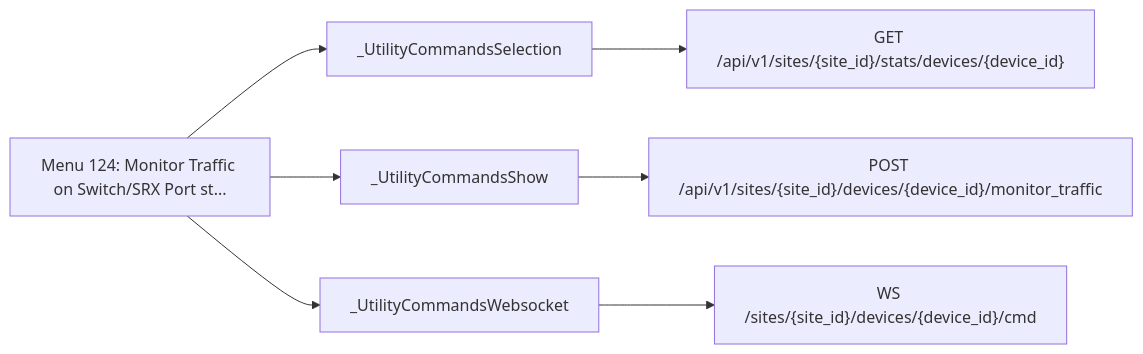
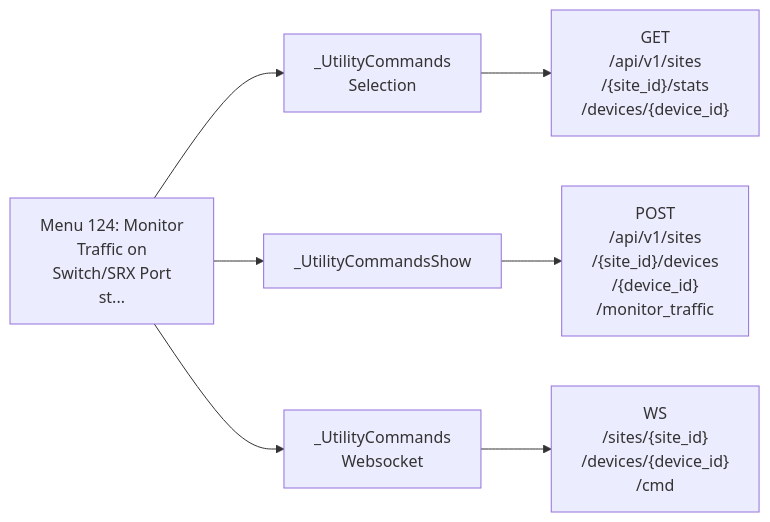
One commit to jmorrison-juniper/MistHelper changed the second of 28 diagrams in documentation/menu-api/interactive.md. Above: the diagram before and after it, drawn with Mermaid. The commit also changed other lines of this file and 19 other files, not shown here.

First line of the commit message:
docs(menu-api): fit the Mermaid diagrams to the wiki column

````diff
--- a/documentation/menu-api/interactive.md
+++ b/documentation/menu-api/interactive.md
@@ -198,10 +50,10 @@
 ```mermaid
 flowchart LR
-    menu["Menu 124: Monitor Traffic on Switch/SRX Port st..."]
-    menu --> c1["_UtilityCommandsSelection"]
-    c1 --> e1["GET /api/v1/sites/{site_id}/stats/devices/{device_id}"]
+    menu["Menu 124: Monitor<br/>Traffic on<br/>Switch/SRX Port<br/>st..."]
+    menu --> c1["_UtilityCommands<br/>Selection"]
+    c1 --> e1["GET<br/>/api/v1/sites<br/>/{site_id}/stats<br/>/devices/{device_id}"]
     menu --> c2["_UtilityCommandsShow"]
-    c2 --> e2["POST /api/v1/sites/{site_id}/devices/{device_id}/monitor_traffic"]
-    menu --> c3["_UtilityCommandsWebsocket"]
-    c3 --> e3["WS /sites/{site_id}/devices/{device_id}/cmd"]
+    c2 --> e2["POST<br/>/api/v1/sites<br/>/{site_id}/devices<br/>/{device_id}<br/>/monitor_traffic"]
+    menu --> c3["_UtilityCommands<br/>Websocket"]
+    c3 --> e3["WS<br/>/sites/{site_id}<br/>/devices/{device_id}<br/>/cmd"]
 ```
````
